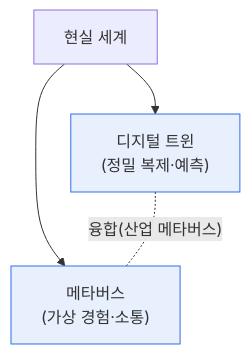
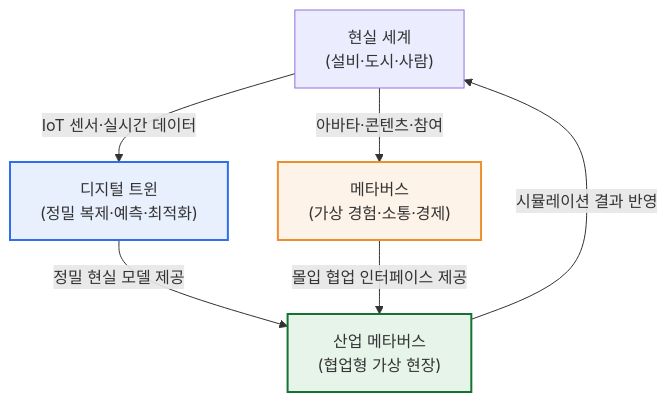
The first of 2 diagrams in content/digital-twin-metaverse.md (coninggu/wjdqhrhksflrltnftk), drawn with Mermaid before and after one commit. The commit also changed other lines of this file and 3 other files, not shown here.

Commit message:
Deepen CBAM(Cost Benefit Analysis Method), 디지털 트윈과 메타버스 (auto)

````diff
--- a/content/digital-twin-metaverse.md
+++ b/content/digital-twin-metaverse.md
@@ -15,8 +20,11 @@
 ```mermaid
 flowchart TB
-  R[현실 세계] --> DT["디지털 트윈<br/>(정밀 복제·예측)"]
-  R --> MV["메타버스<br/>(가상 경험·소통)"]
-  DT -.융합(산업 메타버스).- MV
-  style DT fill:#e8f0fe,stroke:#2f6fed
-  style MV fill:#e8f0fe,stroke:#2f6fed
+  R["현실 세계<br/>(설비·도시·사람)"] -->|IoT 센서·실시간 데이터| DT["디지털 트윈<br/>(정밀 복제·예측·최적화)"]
+  R -->|아바타·콘텐츠·참여| MV["메타버스<br/>(가상 경험·소통·경제)"]
+  DT -->|정밀 현실 모델 제공| IM["산업 메타버스<br/>(협업형 가상 현장)"]
+  MV -->|몰입 협업 인터페이스 제공| IM
+  IM -->|시뮬레이션 결과 반영| R
+  style DT fill:#e8f0fe,stroke:#2f6fed,stroke-width:2px
+  style MV fill:#fef3e8,stroke:#ed8f2f,stroke-width:2px
+  style IM fill:#e6f4ea,stroke:#137333,stroke-width:2px
 ```
````
